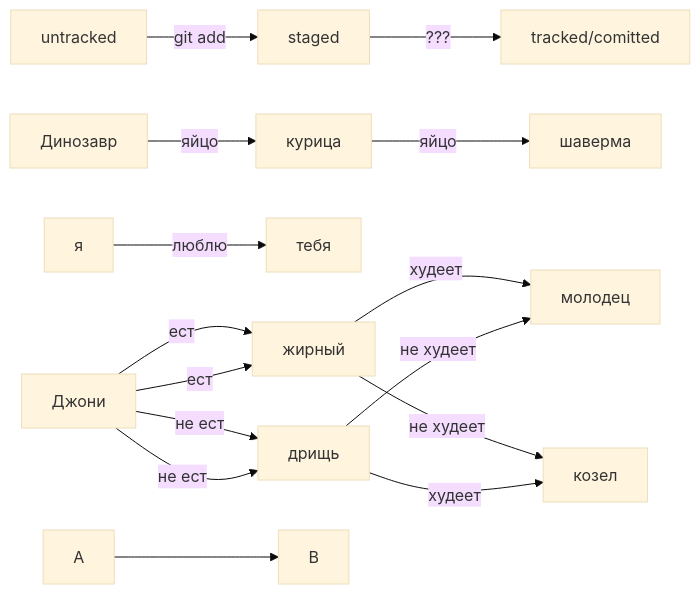
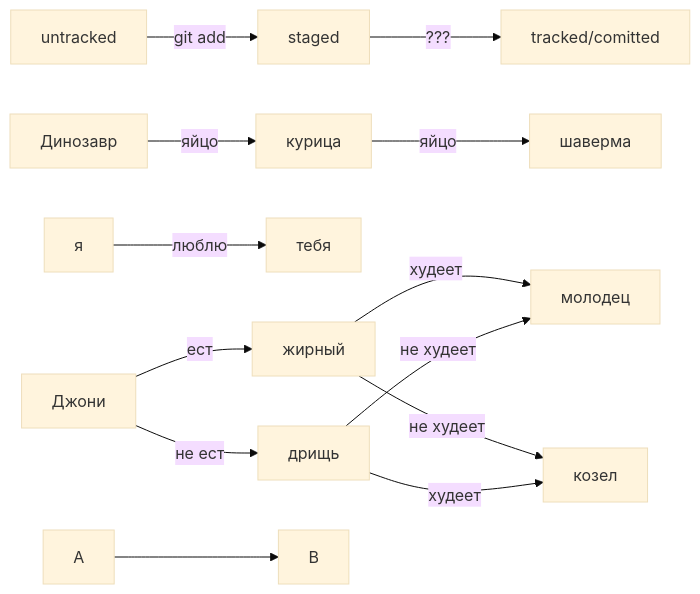
One commit to AleksandrLARUS/Shpargalka changed the diagram in Shpargalka.md. Above: the diagram before and after it, drawn with Mermaid (base theme).

Commit message:
Испытать рабботу схемы 2

````diff
--- a/Shpargalka.md
+++ b/Shpargalka.md
@@ -153,13 +153,13 @@
 ```mermaid
 graph LR;
   untracked -- "git add" --> staged;
   staged    -- "???"     --> tracked/comitted;
   Динозавр -- "яйцо" --> курица -- "яйцо" --> шаверма;
   я -- "люблю" --> тебя;
   Джони -- "ест" --> жирный -- "худеет" --> молодец;
-  Джони -- "ест" --> жирный -- "не худеет" --> козел;
+  жирный -- "не худеет" --> козел;
   Джони -- "не ест" --> дрищь -- "не худеет" --> молодец;
-  Джони -- "не ест" --> дрищь -- "худеет" --> козел;
+  дрищь -- "худеет" --> козел;
 %% стрелка без текста для примера: 
   A --> B;
 ```
````
